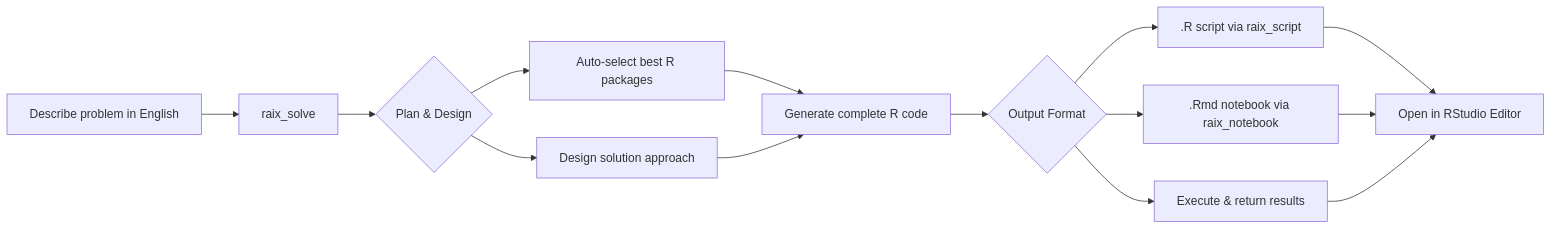
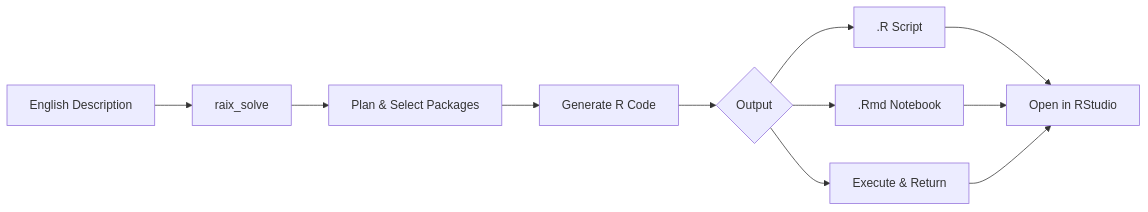
The second of 2 diagrams in README.md (joannlilywhite765/raix), drawn with Mermaid before and after one commit. The commit also changed other lines of this file, not shown here.

First line of the commit message:
README: clean redesign — diagrams, workflows, zero repetition

````diff
--- a/README.md
+++ b/README.md
@@ -104,16 +123,13 @@
 ```mermaid
 flowchart LR
-    A["Describe problem in English"] --> B[raix_solve]
-    B --> C{Plan & Design}
-    C --> D[Auto-select best R packages]
-    C --> E[Design solution approach]
-    D --> F[Generate complete R code]
-    E --> F
-    F --> G{Output Format}
-    G --> H[.R script via raix_script]
-    G --> I[.Rmd notebook via raix_notebook]
-    G --> J[Execute & return results]
-    H --> K[Open in RStudio Editor]
-    I --> K
-    J --> K
+    A[English Description] --> B[raix_solve]
+    B --> C[Plan & Select Packages]
+    C --> D[Generate R Code]
+    D --> E{Output}
+    E --> F[.R Script]
+    E --> G[.Rmd Notebook]
+    E --> H[Execute & Return]
+    F --> I[Open in RStudio]
+    G --> I
+    H --> I
 ```
````
